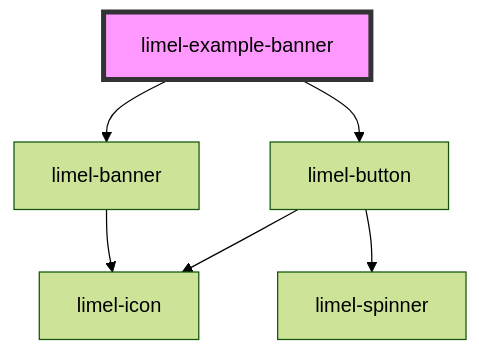
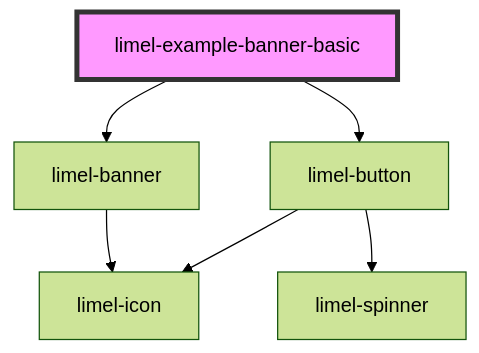
The diagram in versions/PR-3981/markdown-docs/components/banner/examples/readme.md (Lundalogik/lime-elements), drawn with Mermaid (forest theme) before and after one commit. The commit also changed 211 other files, not shown here.

````diff
--- a/versions/PR-3981/markdown-docs/components/banner/examples/readme.md
+++ b/versions/PR-3981/markdown-docs/components/banner/examples/readme.md
@@ -13,9 +13,9 @@
 ```mermaid
 graph TD;
-  limel-example-banner --> limel-button
-  limel-example-banner --> limel-banner
+  limel-example-banner-basic --> limel-button
+  limel-example-banner-basic --> limel-banner
   limel-button --> limel-icon
   limel-button --> limel-spinner
   limel-banner --> limel-icon
-  style limel-example-banner fill:#f9f,stroke:#333,stroke-width:4px
+  style limel-example-banner-basic fill:#f9f,stroke:#333,stroke-width:4px
 ```
````
